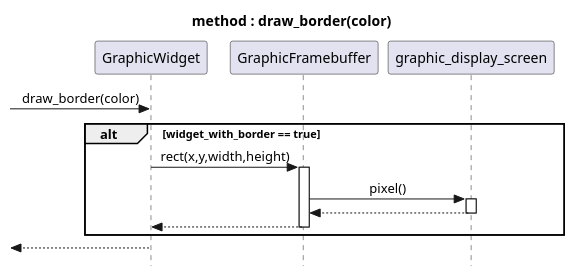
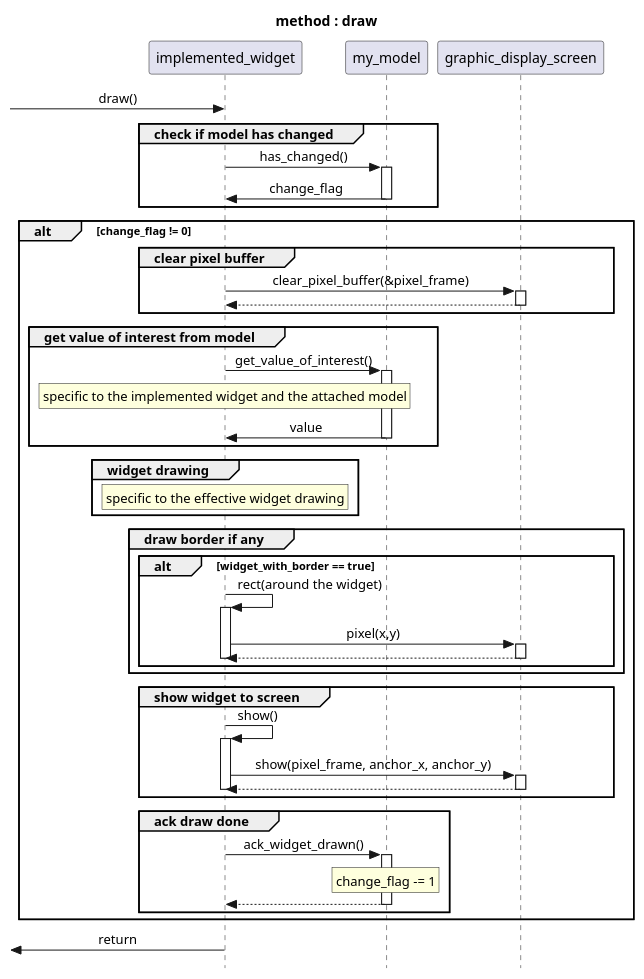
Before and after one commit to xiansnn/CPP_DevKit2: the diagram in docs/uml/draw_if_changed_scenario.puml, drawn with PlantUML. The commit also changed other lines of this file and 1 other file, not shown here.

Commit message:
update uml

```diff
--- a/docs/uml/draw_if_changed_scenario.puml
+++ b/docs/uml/draw_if_changed_scenario.puml
@@ -11,13 +1,48 @@
-@startuml draw_border
-title method : draw_border(color)
+@startuml draw
+title method : draw
 skinparam style strictuml
 skinparam SequenceMessageAlignment center
-[-> GraphicWidget : draw_border(color)
-alt widget_with_border == true
-GraphicWidget -> GraphicFramebuffer ++: rect(x,y,width,height)
-GraphicFramebuffer -> graphic_display_screen ++: pixel()
-return 
+[-> implemented_widget : draw()
+group check if model has changed
+my_model <- implemented_widget ++: has_changed()
+my_model -> implemented_widget --: change_flag
+end
+alt change_flag != 0
+
+group clear pixel buffer
+implemented_widget -> graphic_display_screen ++: clear_pixel_buffer(&pixel_frame)
 return
 end
-[<-- GraphicWidget
+group get value of interest from model
+my_model <- implemented_widget ++: get_value_of_interest()
+rnote over implemented_widget : specific to the implemented widget and the attached model
+my_model -> implemented_widget --: value
+end
+group widget drawing
+rnote over implemented_widget : specific to the effective widget drawing
+end
+
+group draw border if any
+alt widget_with_border == true
+implemented_widget -> implemented_widget ++: rect(around the widget)
+implemented_widget -> graphic_display_screen ++: pixel(x,y)
+return
+deactivate implemented_widget
+end
+end
+group show widget to screen
+implemented_widget-> implemented_widget ++ : show()
+implemented_widget -> graphic_display_screen ++: show(pixel_frame, anchor_x, anchor_y)
+return
+deactivate implemented_widget
+end
+
+group ack draw done 
+implemented_widget -> my_model ++: ack_widget_drawn()
+rnote over my_model : change_flag -= 1
+return
+end
+
+end
+[<- implemented_widget: return
 @enduml
```
